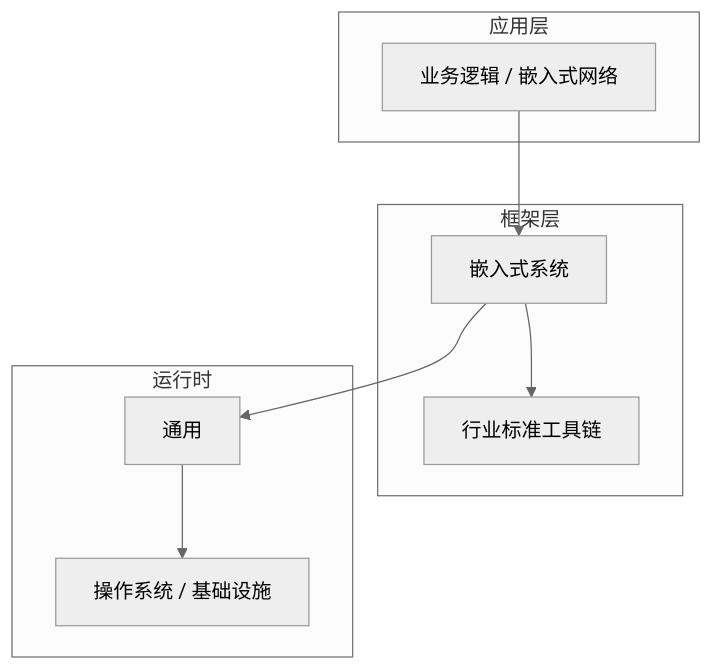
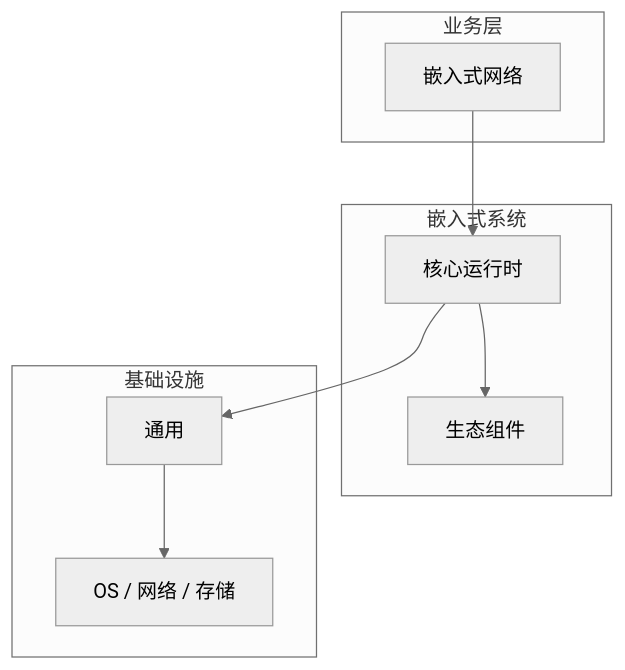
One commit to yanggan2015/knowledge-json-v2 changed the diagram in articles/嵌入式系统/chapters/061-嵌入式网络核心概念与原理.md. Above: the diagram before and after it, drawn with Mermaid (neutral theme). The commit also changed other lines of this file and 10127 other files, not shown here.

````diff
--- a/articles/嵌入式系统/chapters/061-嵌入式网络核心概念与原理.md
+++ b/articles/嵌入式系统/chapters/061-嵌入式网络核心概念与原理.md
@@ -45,18 +34,18 @@
 ```mermaid
 graph TB
-    subgraph 应用层
-        A[业务逻辑 / 嵌入式网络]
+    subgraph 业务层
+        A[嵌入式网络]
     end
-    subgraph 框架层
-        B[嵌入式系统]
-        C[行业标准工具链]
+    subgraph 嵌入式系统
+        B[核心运行时]
+        C[生态组件]
     end
-    subgraph 运行时
+    subgraph 基础设施
         D[通用]
-        E[操作系统 / 基础设施]
+        E[OS / 网络 / 存储]
     end
     A --> B
     B --> C
     B --> D
     D --> E
 ```
````
